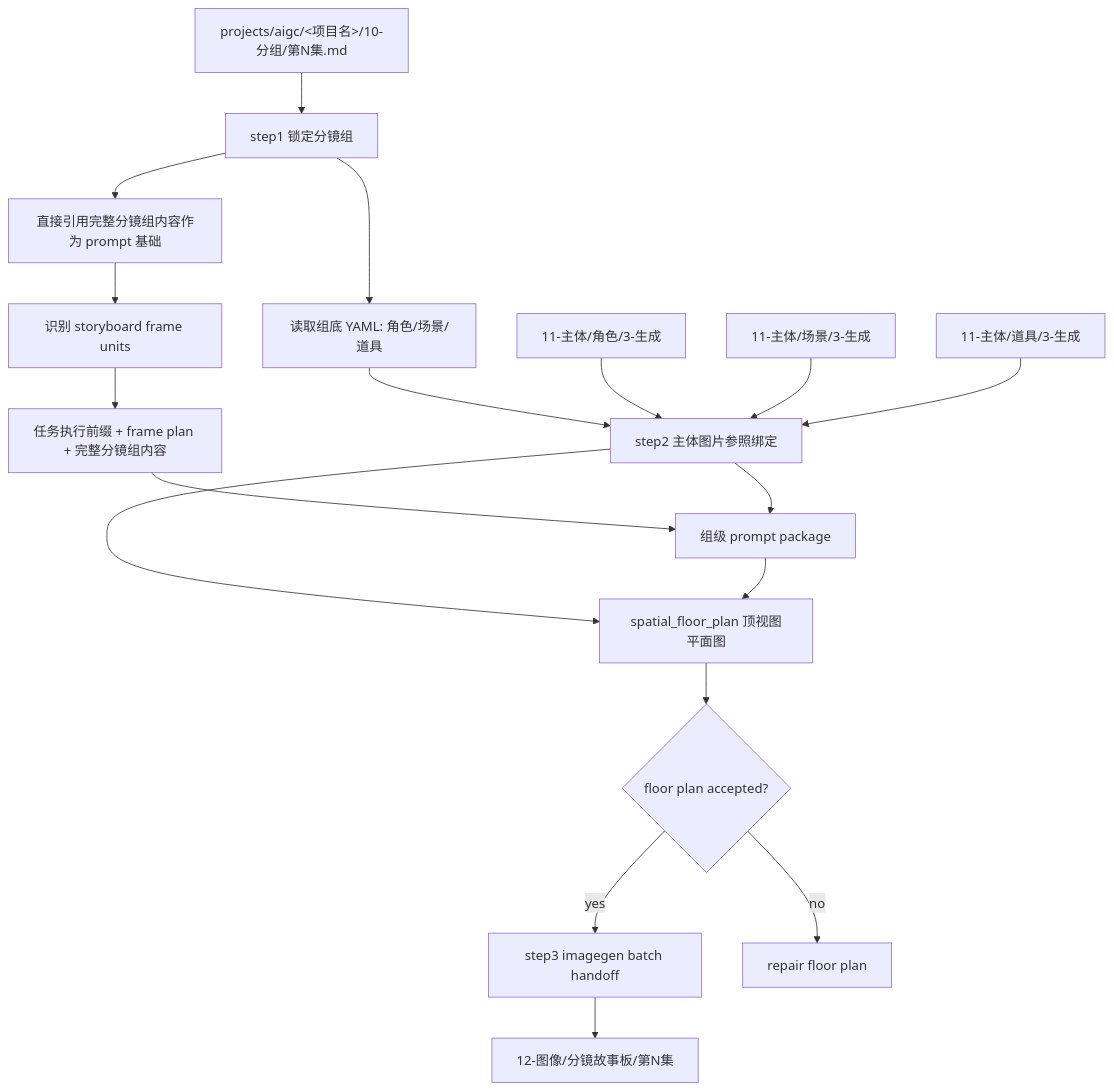
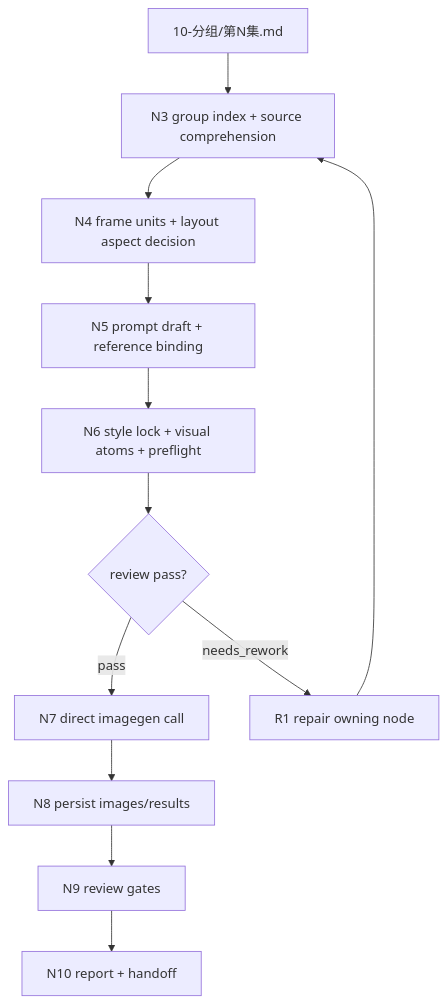
One commit to ZEN-VOID/AI-CUT changed the first of 2 diagrams in .agents/skills/aigc/12-图像/分镜故事板/SKILL.md. Above: the diagram before and after it, drawn with Mermaid. The commit also changed other lines of this file and 573 other files, not shown here.

````diff
--- a/.agents/skills/aigc/12-图像/分镜故事板/SKILL.md
+++ b/.agents/skills/aigc/12-图像/分镜故事板/SKILL.md
@@ -111,20 +235,14 @@
 ```mermaid
 flowchart TD
-    A["projects/aigc/<项目名>/10-分组/第N集.md"] --> B["step1 锁定分镜组"]
-    B --> C["直接引用完整分镜组内容作为 prompt 基础"]
-    C --> M["识别 storyboard frame units"]
-    B --> D["读取组底 YAML: 角色/场景/道具"]
-    M --> E["任务执行前缀 + frame plan + 完整分镜组内容"]
-    D --> F["step2 主体图片参照绑定"]
-    G["11-主体/角色/3-生成"] --> F
-    H["11-主体/场景/3-生成"] --> F
-    I["11-主体/道具/3-生成"] --> F
-    E --> J["组级 prompt package"]
-    F --> P["spatial_floor_plan 顶视图平面图"]
-    J --> P
-    P --> Q{"floor plan accepted?"}
-    Q -->|"yes"| K["step3 imagegen batch handoff"]
-    Q -->|"no"| R["repair floor plan"]
-    F --> J
-    K --> L["12-图像/分镜故事板/第N集"]
+    A["10-分组/第N集.md"] --> B["N3 group index + source comprehension"]
+    B --> C["N4 frame units + layout aspect decision"]
+    C --> D["N5 prompt draft + reference binding"]
+    D --> E["N6 style lock + visual atoms + preflight"]
+    E --> F{"review pass?"}
+    F -->|"pass"| G["N7 direct imagegen call"]
+    F -->|"needs_rework"| R["R1 repair owning node"]
+    G --> H["N8 persist images/results"]
+    H --> I["N9 review gates"]
+    I --> J["N10 report + handoff"]
+    R --> B
 ```
````
